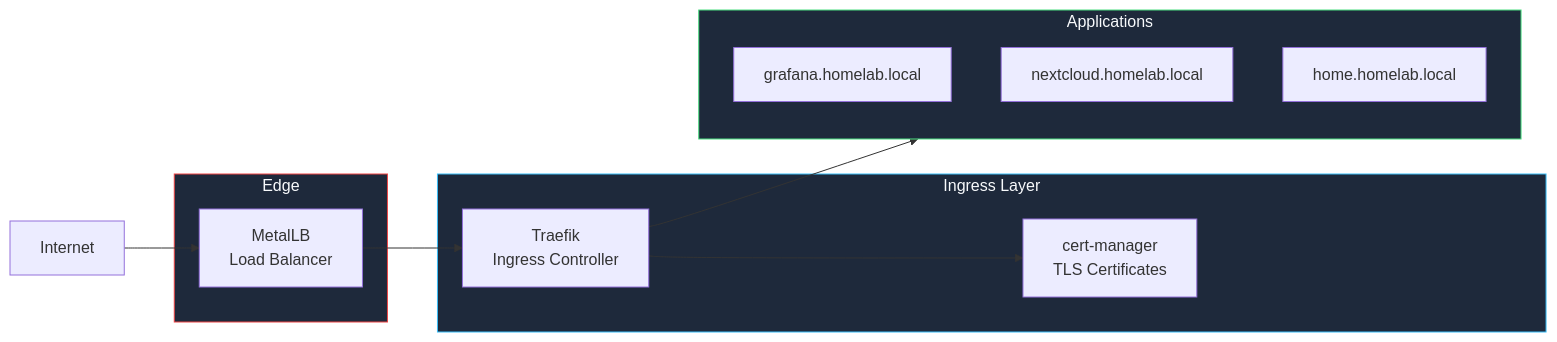
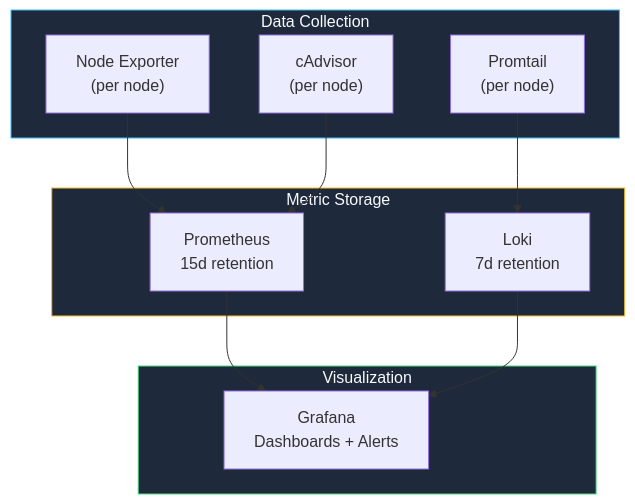
Before and after one commit to KombiverseLabs/docs: the third of 3 diagrams in stackkits/kits/modern-homelab.mdx, drawn with Mermaid. The commit also changed other lines of this file and 35 other files, not shown here.

````diff
--- a/stackkits/kits/modern-homelab.mdx
+++ b/stackkits/kits/modern-homelab.mdx
@@ -321,28 +146,27 @@
 ```mermaid
-graph LR
-    Internet["Internet"]
-    
-    subgraph Edge["Edge"]
-        LB["MetalLB<br/>Load Balancer"]
+graph TB
+    subgraph Collection["Data Collection"]
+        NE["Node Exporter<br/>(per node)"]
+        PT["Promtail<br/>(per node)"]
+        CT["cAdvisor<br/>(per node)"]
     end
-    
-    subgraph Ingress["Ingress Layer"]
-        Traefik["Traefik<br/>Ingress Controller"]
-        Cert["cert-manager<br/>TLS Certificates"]
+
+    subgraph Storage["Metric Storage"]
+        Prom["Prometheus<br/>15d retention"]
+        Loki["Loki<br/>7d retention"]
     end
-    
-    subgraph Apps["Applications"]
-        App1["grafana.homelab.local"]
-        App2["nextcloud.homelab.local"]
-        App3["home.homelab.local"]
+
+    subgraph Viz["Visualization"]
+        Graf["Grafana<br/>Dashboards + Alerts"]
     end
-    
-    Internet --> LB
-    LB --> Traefik
-    Traefik --> Cert
-    Traefik --> Apps
-    
-    style Edge fill:#1e293b,stroke:#ef4444,color:#f8fafc
-    style Ingress fill:#1e293b,stroke:#38bdf8,color:#f8fafc
-    style Apps fill:#1e293b,stroke:#4ade80,color:#f8fafc
+
+    NE --> Prom
+    CT --> Prom
+    PT --> Loki
+    Prom --> Graf
+    Loki --> Graf
+
+    style Collection fill:#1e293b,stroke:#38bdf8,color:#f8fafc
+    style Storage fill:#1e293b,stroke:#fbbf24,color:#f8fafc
+    style Viz fill:#1e293b,stroke:#4ade80,color:#f8fafc
 ```
````
